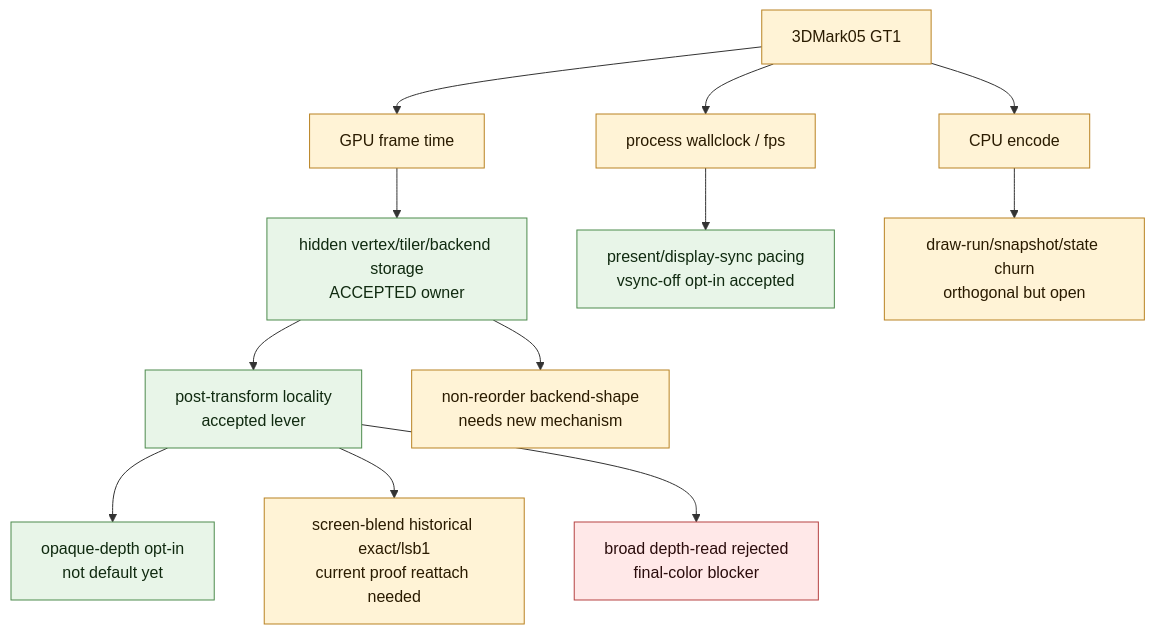
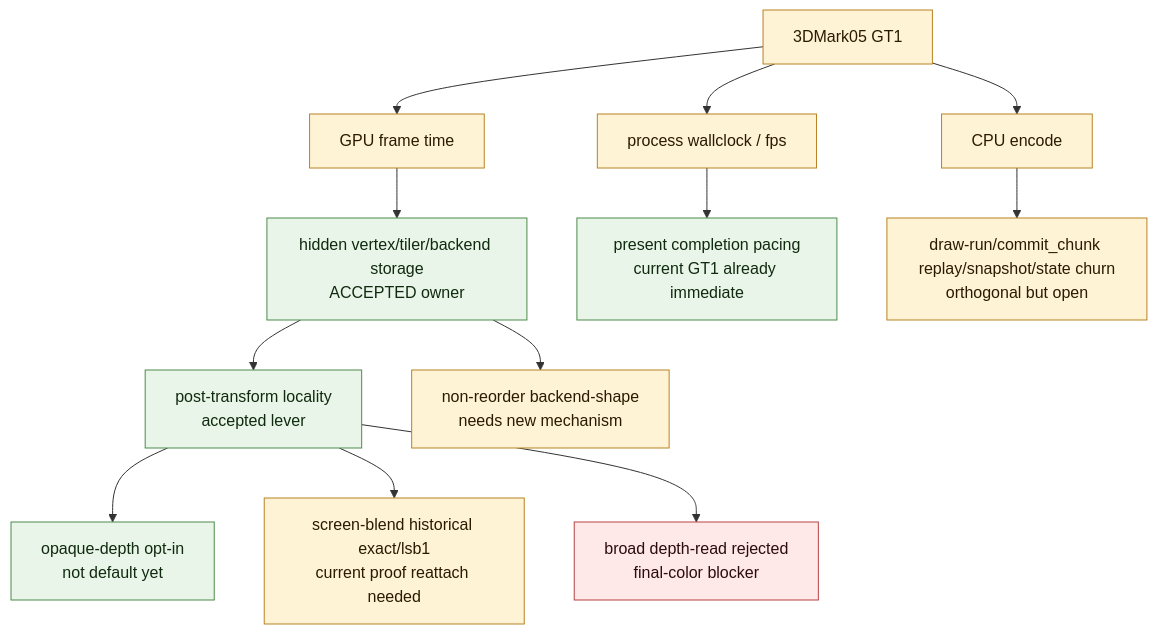
Before and after one commit to dfdgsdfg/dxmt9: the sixth of 12 diagrams in docs/perfomance/overview.md, drawn with Mermaid. The commit also changed other lines of this file and 42 other files, not shown here.

````diff
--- a/docs/perfomance/overview.md
+++ b/docs/perfomance/overview.md
@@ -310,23 +313,23 @@
 ```mermaid
 flowchart TD
   Workload["3DMark05 GT1"] --> GPU["GPU frame time"]
   Workload --> Wall["process wallclock / fps"]
   Workload --> CPU["CPU encode"]
 
   GPU --> Hidden["hidden vertex/tiler/backend storage\nACCEPTED owner"]
   Hidden --> Locality["post-transform locality\naccepted lever"]
   Locality --> Opaque["opaque-depth opt-in\nnot default yet"]
   Locality --> Screen["screen-blend historical exact/lsb1\ncurrent proof reattach needed"]
   Locality --> Broad["broad depth-read rejected\nfinal-color blocker"]
   Hidden --> Backend["non-reorder backend-shape\nneeds new mechanism"]
 
-  Wall --> Present["present/display-sync pacing\nvsync-off opt-in accepted"]
-  CPU --> Encode["draw-run/snapshot/state churn\northogonal but open"]
+  Wall --> Present["present completion pacing\ncurrent GT1 already immediate"]
+  CPU --> Encode["draw-run/commit_chunk replay/snapshot/state churn\northogonal but open"]
 
   classDef good fill:#e8f5e8,stroke:#4d8b4d,color:#102a10
   classDef warn fill:#fff3d6,stroke:#b98222,color:#2a1b00
   classDef bad fill:#ffe8e8,stroke:#b64242,color:#2b0d0d
   class Hidden,Locality,Opaque,Present good
   class Workload,GPU,Wall,CPU,Screen,Backend,Encode warn
   class Broad bad
 ```
````
